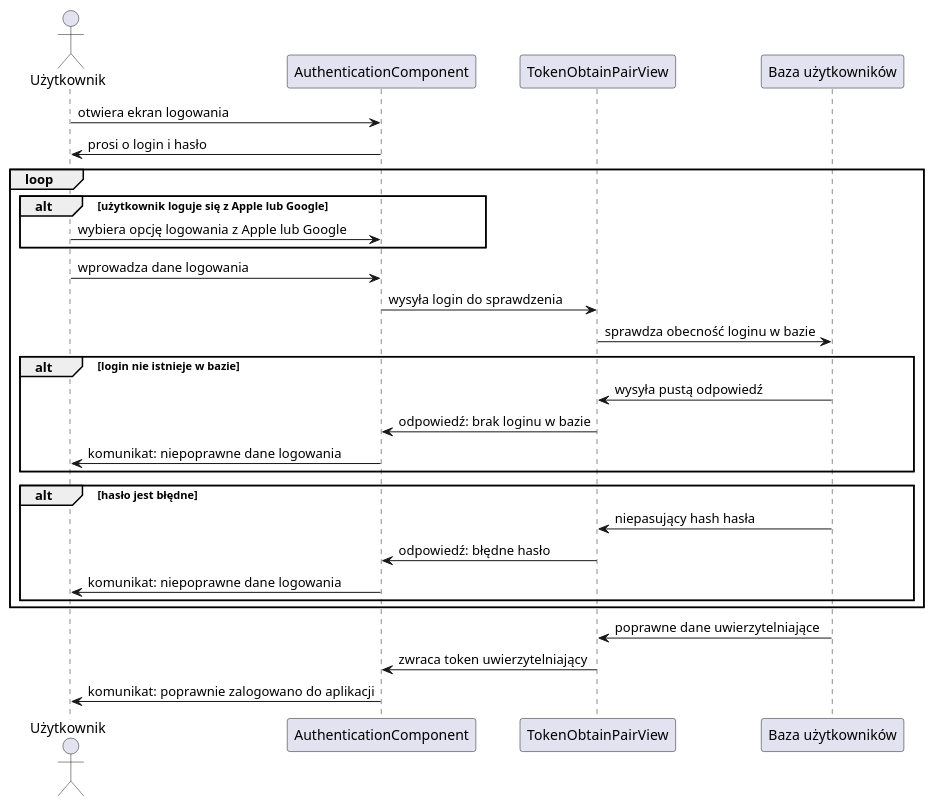
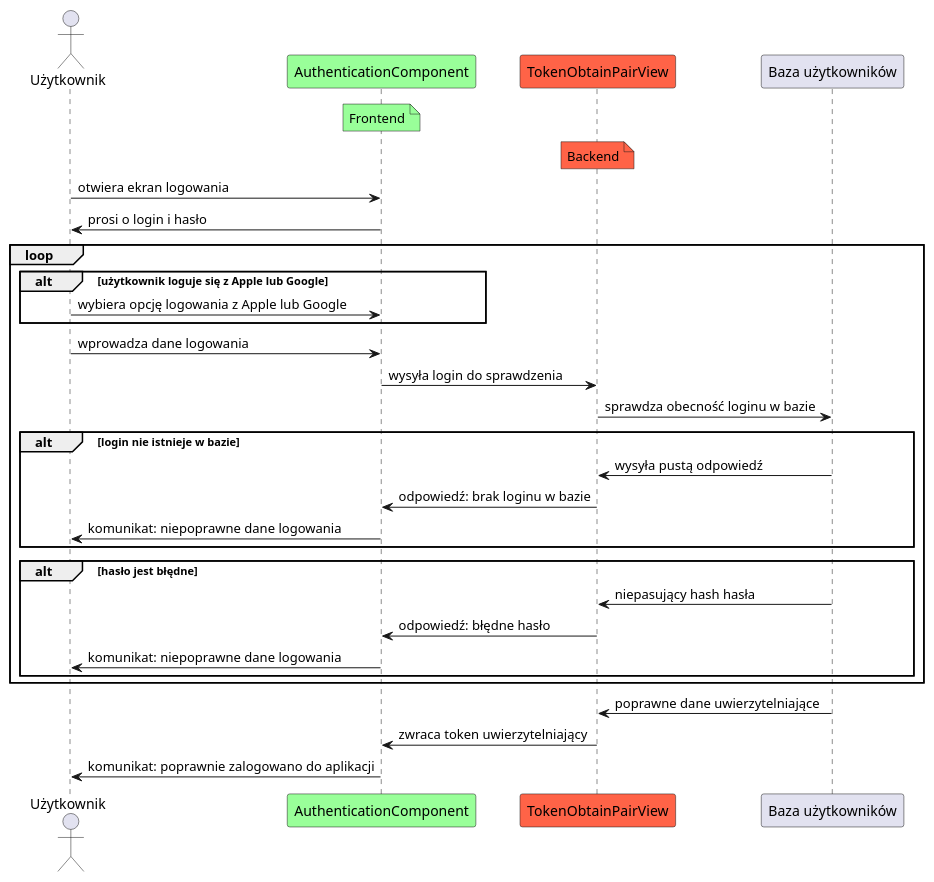
The diagram in docs/login_sequence.md (amelinium23/food-ordering-and-delivering-service), drawn with PlantUML before and after one commit. The commit also changed 3 other files, not shown here.

Commit message:
Added some clarity to sequence diagrams

````diff
--- a/docs/login_sequence.md
+++ b/docs/login_sequence.md
@@ -1,32 +1,38 @@
 ```plantuml
 @startuml login
 actor Użytkownik as user
-participant "AuthenticationComponent" as log
-participant "TokenObtainPairView" as api
+participant "AuthenticationComponent" as log #99FF99
+participant "TokenObtainPairView" as api #FF6347
 participant "Baza użytkowników" as db
+note over log #99FF99
+Frontend
+end note
+note over api #FF6347
+Backend
+end note
 
 user -> log : otwiera ekran logowania
 user <- log : prosi o login i hasło
 loop
     alt użytkownik loguje się z Apple lub Google
         user -> log : wybiera opcję logowania z Apple lub Google
     end
     user -> log : wprowadza dane logowania
     log -> api : wysyła login do sprawdzenia
  api -> db : sprawdza obecność loginu w bazie
     alt login nie istnieje w bazie
         db -> api : wysyła pustą odpowiedź
         log <- api : odpowiedź: brak loginu w bazie
         user <- log : komunikat: niepoprawne dane logowania
     end
     alt hasło jest błędne
         db -> api : niepasujący hash hasła
         log <- api : odpowiedź: błędne hasło
         user <- log : komunikat: niepoprawne dane logowania
     end
 end
 api <- db: poprawne dane uwierzytelniające
 log <- api: zwraca token uwierzytelniający
 user <- log: komunikat: poprawnie zalogowano do aplikacji
 @enduml
 ```
````
